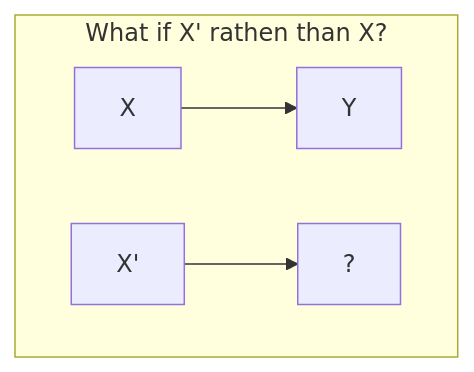
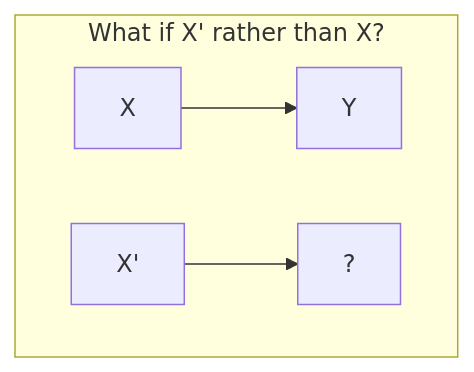
The second of 4 diagrams in src/XAI/explanation.md (santi-mir/posts), drawn with Mermaid before and after one commit. The commit also changed other lines of this file and 30 other files, not shown here.

````diff
--- a/src/XAI/explanation.md
+++ b/src/XAI/explanation.md
@@ -181,8 +151,7 @@
 ```mermaid
-
 flowchart TB
-subgraph "What if X' rathen than X?"
+subgraph "What if X' rather than X?"
 X-->Y
 X'["X'"]-->Z["?"]
 end
 ```
````
